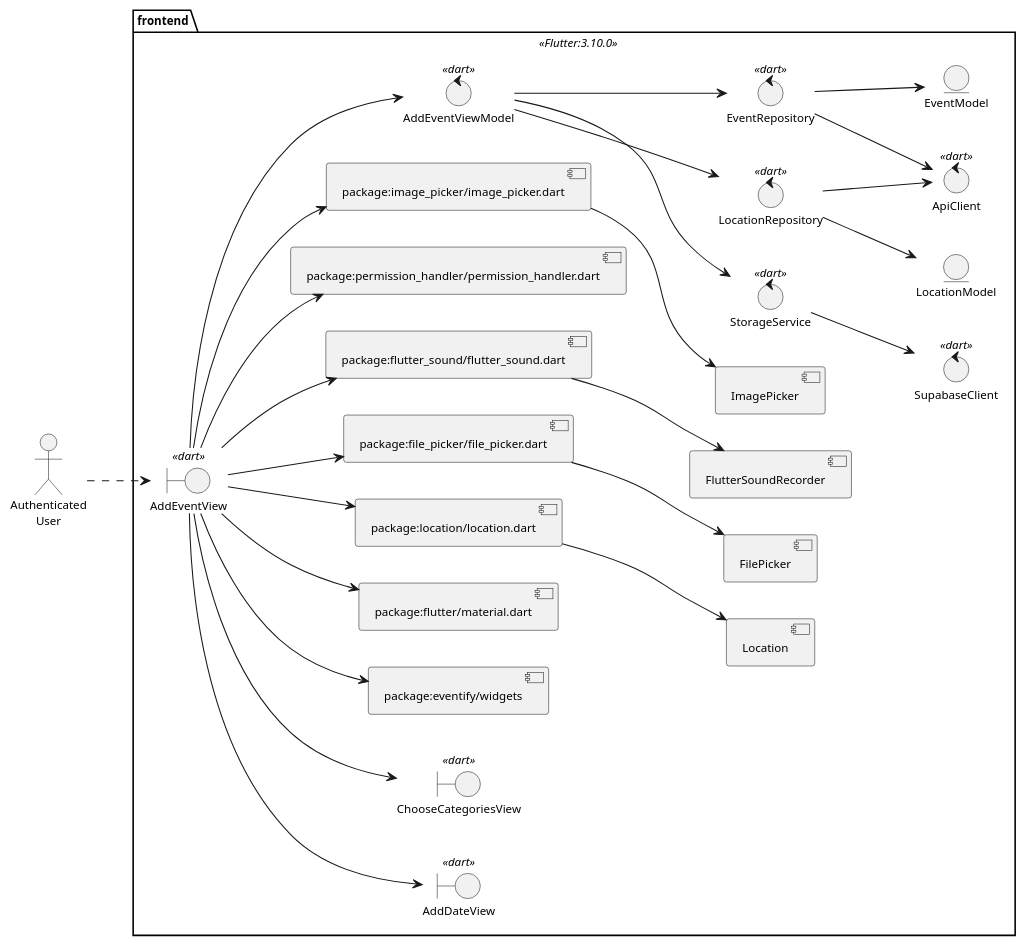
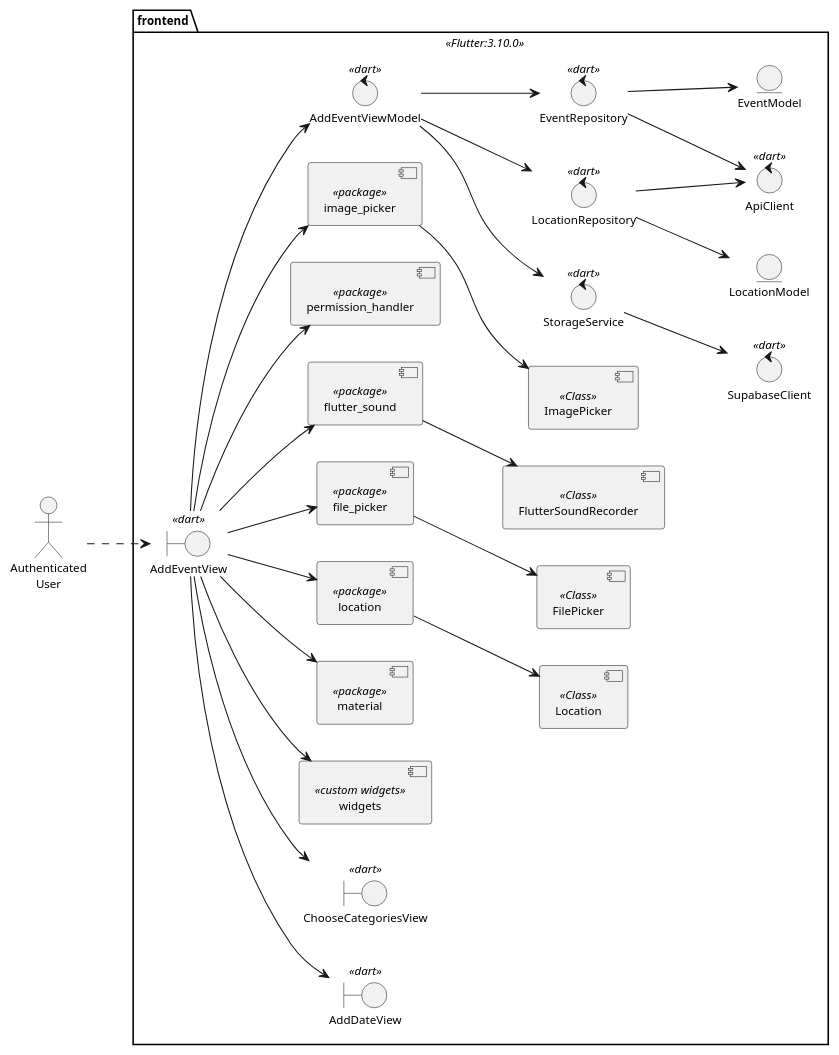
Before and after one commit to valeraruggierotesisucv/tesis-frameworks-mobile-diagrams: the diagram in Diseño/Flutter/UC 6 Diseño/DesignClassDiagram.plantuml, drawn with PlantUML. The commit also changed 6 other files, not shown here.

Commit message:
changes in React Native diagrams

```diff
--- a/Diseño/Flutter/UC 6 Diseño/DesignClassDiagram.plantuml
+++ b/Diseño/Flutter/UC 6 Diseño/DesignClassDiagram.plantuml
@@ -1,68 +1,69 @@
 @startuml DesignClassDiagram
 skinparam style strictuml
 skinparam defaultTextAlignment center
 skinparam defaultFontSize 11
 left to right direction
 actor "Authenticated\nUser" as UserReg
 
 
 package frontend <<Flutter:3.10.0>>{
     boundary "AddEventView" as addEventView << dart >>
     boundary "AddDateView" as addDateView << dart >>
     boundary "ChooseCategoriesView" as chooseCategoriesView << dart >>
 
-    component "package:eventify/widgets" as widgets
-    component "package:flutter/material.dart" as material
-    component "package:location/location.dart" as locationPackage
-    component "package:file_picker/file_picker.dart" as flutterFilePicker
-    component "package:flutter_sound/flutter_sound.dart" as flutterSound
-    component "package:permission_handler/permission_handler.dart" as permissionHandler
-    component "package:image_picker/image_picker.dart" as flutterImagePicker
-    component "Location" as location
-    component "FilePicker" as filePicker
-    component "FlutterSoundRecorder" as flutterSoundRecorder
-    component "ImagePicker" as imagePicker
+    component "widgets" as widgets <<custom widgets>>
+    component "material" as material <<package>>
+    component "location" as locationPackage <<package>>
+    component "file_picker" as flutterFilePicker <<package>>
+    component "flutter_sound" as flutterSound <<package>>
+    component "permission_handler" as permissionHandler <<package>>
+    component "image_picker" as flutterImagePicker <<package>>
+
+    component "Location" as location <<Class>>
+    component "FilePicker" as filePicker <<Class>>
+    component "FlutterSoundRecorder" as flutterSoundRecorder <<Class>>
+    component "ImagePicker" as imagePicker <<Class>>
 
     control "EventRepository" as eventRepository << dart >>
     control "LocationRepository" as locationRepository << dart >>
     control "StorageService" as storageService << dart >>
     control "ApiClient" as apiClient << dart >>
     control "SupabaseClient" as supabaseClient << dart >>
     control "AddEventViewModel" as addEventViewModel << dart >>
 
     entity "EventModel" as eventModel
     entity "LocationModel" as locationModel
 
 }
 
 UserReg ..> addEventView
 
 addEventView --> addDateView
 addEventView --> chooseCategoriesView
 addEventView --> widgets
 addEventView --> material
 addEventView --> locationPackage
 addEventView --> flutterFilePicker
 addEventView --> flutterSound
 addEventView --> permissionHandler
 addEventView --> flutterImagePicker
 addEventView --> addEventViewModel
 
 addEventViewModel --> eventRepository
 addEventViewModel --> locationRepository
 addEventViewModel --> storageService
 
 eventRepository --> apiClient
 eventRepository --> eventModel
 
 locationRepository --> apiClient
 locationRepository --> locationModel
 
 storageService --> supabaseClient
 
 locationPackage --> location
 flutterFilePicker --> filePicker
 flutterSound --> flutterSoundRecorder
 flutterImagePicker --> imagePicker
 
 @enduml
```
